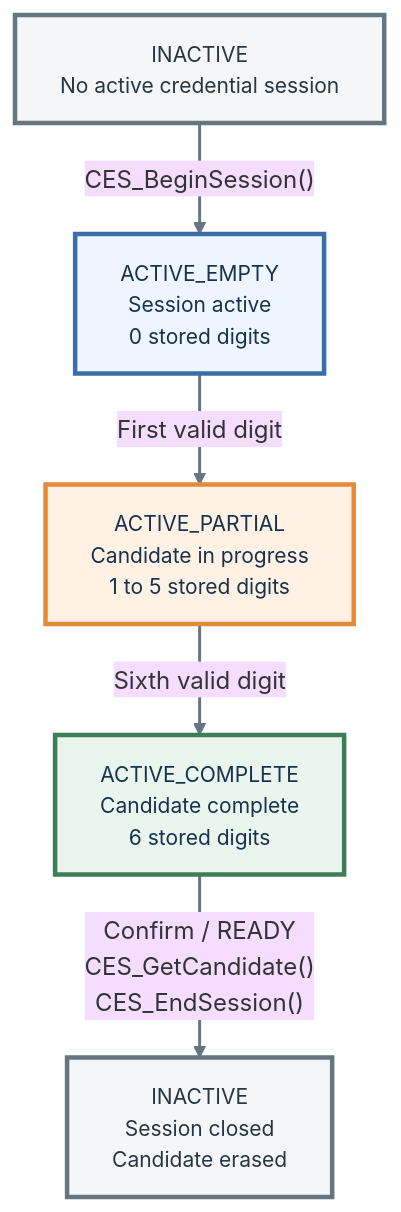
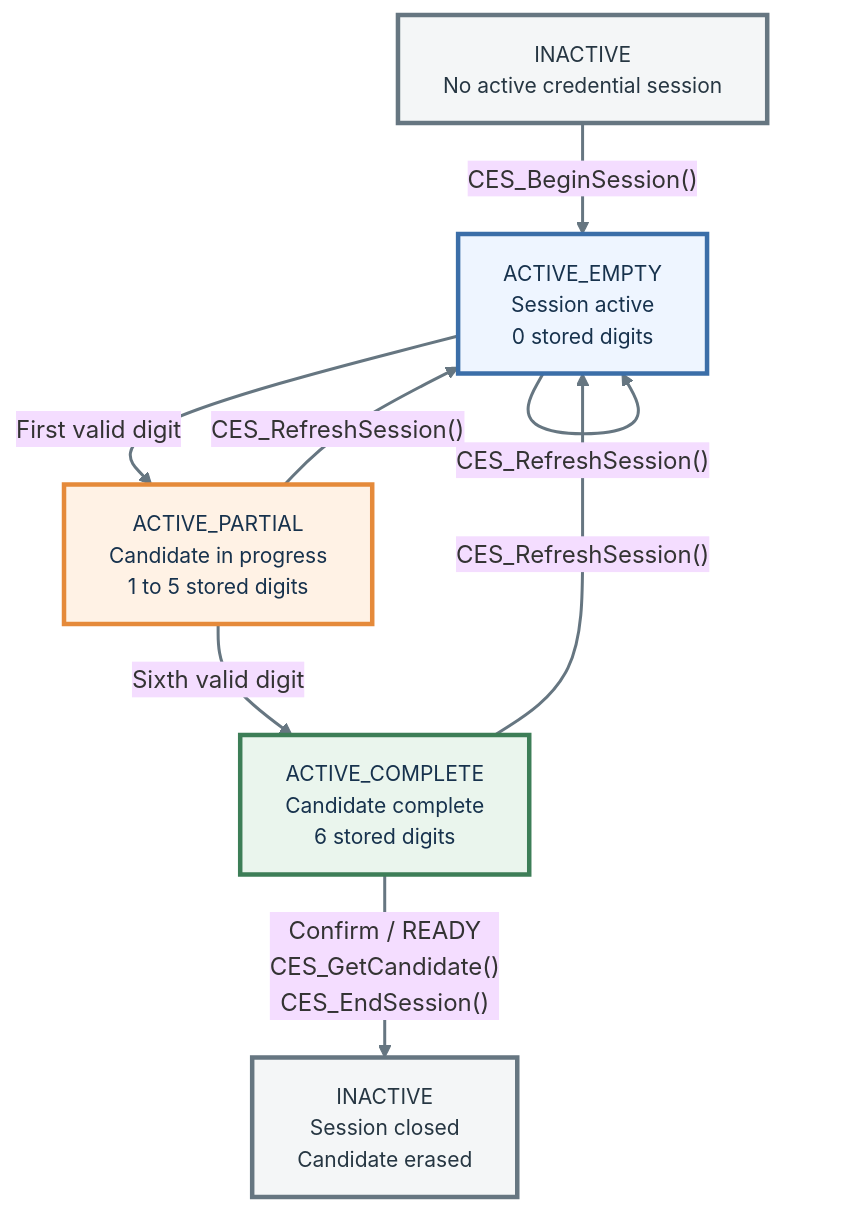
The second of 3 diagrams in Libs/Services/Credential_Entry/README.md (JP-REY/STM32F103C8T6-Based-Electronic-Lock), drawn with Mermaid (base theme) before and after one commit. The commit also changed other lines of this file and 22 other files, not shown here.

First line of the commit message:
docs: update project architecture and module documentation

````diff
--- a/Libs/Services/Credential_Entry/README.md
+++ b/Libs/Services/Credential_Entry/README.md
@@ -463,32 +468,36 @@
 ```mermaid
 flowchart TD
     INACTIVE_START["INACTIVE<br/>No active credential session"]
 
     ACTIVE_EMPTY["ACTIVE_EMPTY<br/>Session active<br/>0 stored digits"]
 
     ACTIVE_PARTIAL["ACTIVE_PARTIAL<br/>Candidate in progress<br/>1 to 5 stored digits"]
 
     ACTIVE_COMPLETE["ACTIVE_COMPLETE<br/>Candidate complete<br/>6 stored digits"]
 
     INACTIVE_END["INACTIVE<br/>Session closed<br/>Candidate erased"]
 
     INACTIVE_START -->|"CES_BeginSession()"| ACTIVE_EMPTY
 
     ACTIVE_EMPTY -->|"First valid digit"| ACTIVE_PARTIAL
 
     ACTIVE_PARTIAL -->|"Sixth valid digit"| ACTIVE_COMPLETE
 
+    ACTIVE_EMPTY -->|"CES_RefreshSession()"| ACTIVE_EMPTY
+    ACTIVE_PARTIAL -->|"CES_RefreshSession()"| ACTIVE_EMPTY
+    ACTIVE_COMPLETE -->|"CES_RefreshSession()"| ACTIVE_EMPTY
+
     ACTIVE_COMPLETE -->|"Confirm / READY<br/>CES_GetCandidate()<br/>CES_EndSession()"| INACTIVE_END
 
     classDef inactive fill:#f4f6f7,stroke:#667681,color:#263642,stroke-width:3px,font-size:14px
     classDef empty fill:#eef5ff,stroke:#3b6ea8,color:#17324d,stroke-width:3px,font-size:14px
     classDef partial fill:#fff2e5,stroke:#e58a3a,color:#17324d,stroke-width:3px,font-size:14px
     classDef complete fill:#eaf5ed,stroke:#3d7e57,color:#17324d,stroke-width:3px,font-size:14px
 
     class INACTIVE_START,INACTIVE_END inactive
     class ACTIVE_EMPTY empty
     class ACTIVE_PARTIAL partial
     class ACTIVE_COMPLETE complete
 
     linkStyle default stroke:#667681,stroke-width:2px
 ```
````
